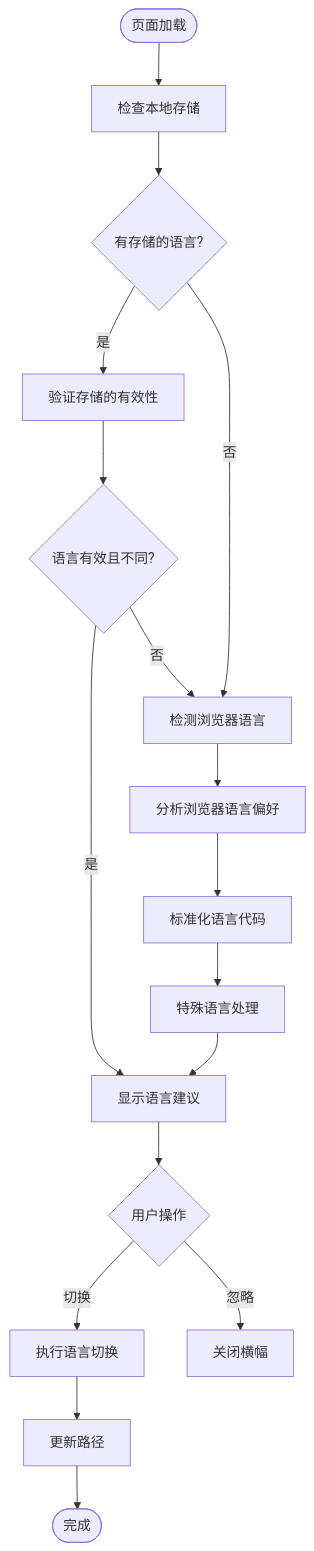
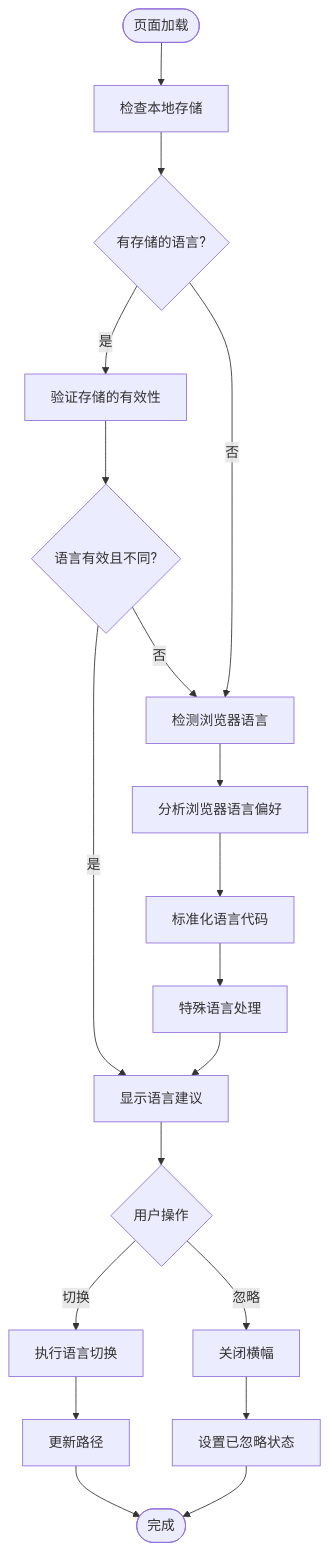
Before and after one commit to sgyy/privadeck: the eighth of 12 diagrams in .qoder/repowiki/zh/content/技术架构/国际化系统.md, drawn with Mermaid. The commit also changed other lines of this file and 23 other files, not shown here.

````diff
--- a/.qoder/repowiki/zh/content/技术架构/国际化系统.md
+++ b/.qoder/repowiki/zh/content/技术架构/国际化系统.md
@@ -671,19 +460,21 @@
 ```mermaid
 flowchart TD
 Start([页面加载]) --> CheckStorage["检查本地存储"]
 CheckStorage --> HasStored{"有存储的语言?"}
 HasStored --> |是| ValidateStored["验证存储的有效性"]
 HasStored --> |否| DetectBrowser["检测浏览器语言"]
 ValidateStored --> ValidStored{"语言有效且不同?"}
 ValidStored --> |是| ShowSuggestion["显示语言建议"]
 ValidStored --> |否| DetectBrowser
 DetectBrowser --> BrowserDetection["分析浏览器语言偏好"]
 BrowserDetection --> NormalizeLang["标准化语言代码"]
 NormalizeLang --> SpecialHandling["特殊语言处理"]
 SpecialHandling --> ShowSuggestion
 ShowSuggestion --> UserAction{"用户操作"}
 UserAction --> |切换| SwitchLanguage["执行语言切换"]
 UserAction --> |忽略| DismissBanner["关闭横幅"]
 SwitchLanguage --> UpdatePath["更新路径"]
 UpdatePath --> End([完成])
+DismissBanner --> SetDismissed["设置已忽略状态"]
+SetDismissed --> End
 ```
````
